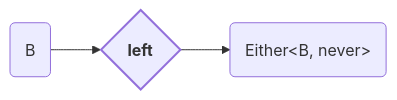
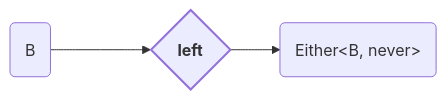
The fourth of 9 diagrams in Either.md (adamjosefus/fp-ts-examples), drawn with Mermaid before and after one commit. The commit also changed other lines of this file, not shown here.

````diff
--- a/Either.md
+++ b/Either.md
@@ -142,11 +231,11 @@
 ```mermaid
 flowchart LR
     style left stroke-width: 2px
 
     input("B")
     left{ <b>left<b> }
     output( Either<<span>B, never</span>> )
 
-    input --> left
+    input ---> left
     left --> output
 ```
````
